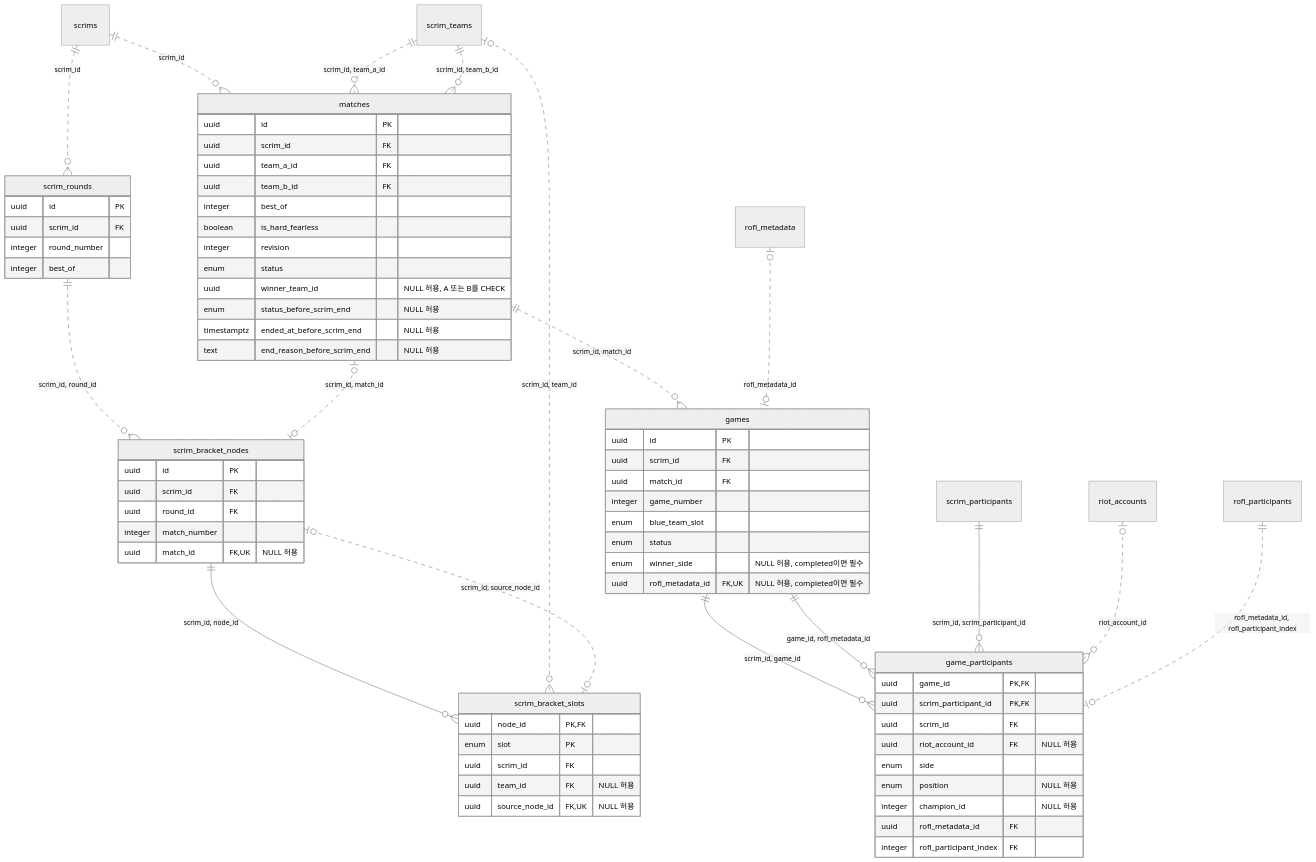
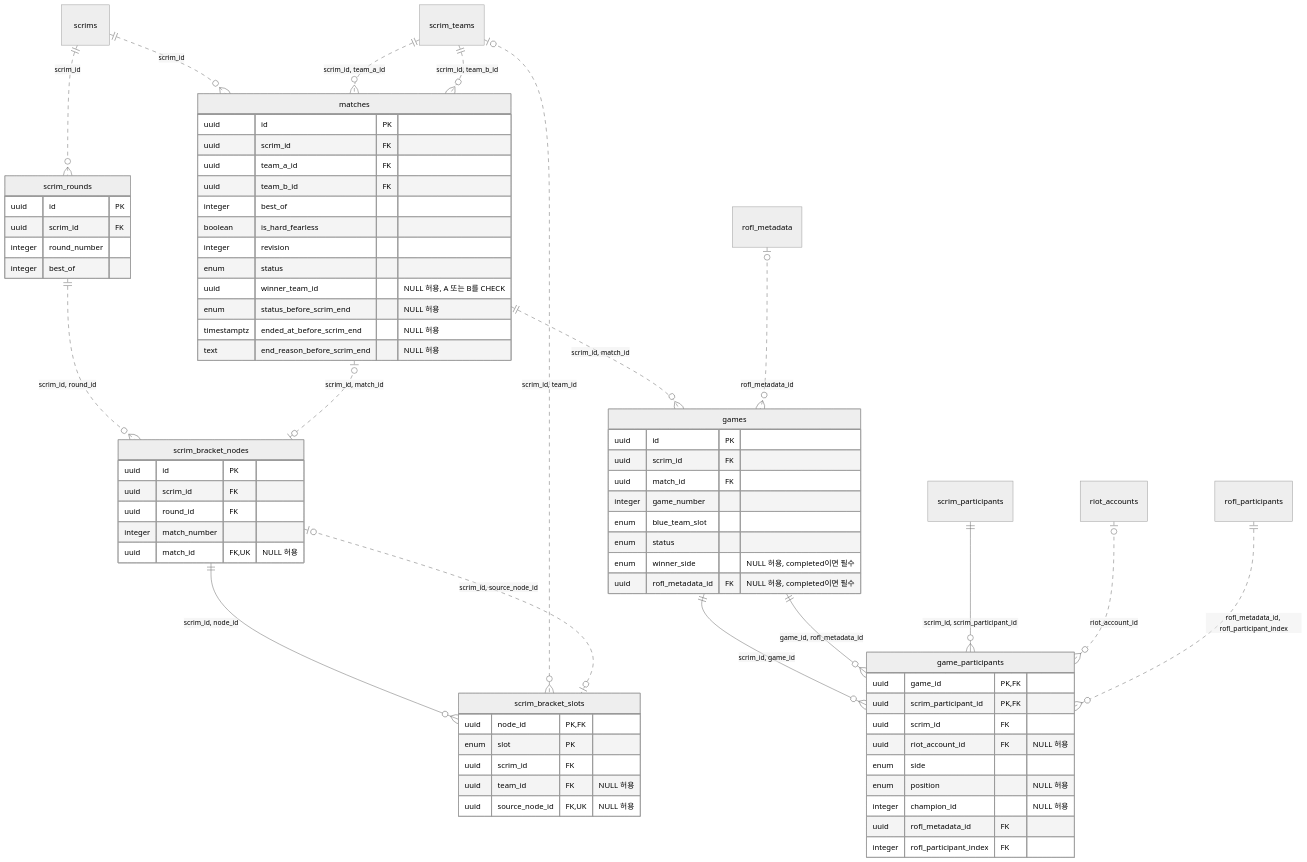
The seventh of 9 diagrams in docs/database-erd.md (Longcat2957/MonkeyScrimManager2), drawn with Mermaid (neutral theme) before and after one commit. The commit also changed other lines of this file and 57 other files, not shown here.

````diff
--- a/docs/database-erd.md
+++ b/docs/database-erd.md
@@ -498,75 +499,75 @@
 ```mermaid
 erDiagram
     scrim_rounds {
         uuid id PK
         uuid scrim_id FK
         integer round_number
         integer best_of
     }
     scrim_bracket_nodes {
         uuid id PK
         uuid scrim_id FK
         uuid round_id FK
         integer match_number
         uuid match_id FK, UK "NULL 허용"
     }
     scrim_bracket_slots {
         uuid node_id PK, FK
         enum slot PK
         uuid scrim_id FK
         uuid team_id FK "NULL 허용"
         uuid source_node_id FK, UK "NULL 허용"
     }
     matches {
         uuid id PK
         uuid scrim_id FK
         uuid team_a_id FK
         uuid team_b_id FK
         integer best_of
         boolean is_hard_fearless
         integer revision
         enum status
         uuid winner_team_id "NULL 허용, A 또는 B를 CHECK"
         enum status_before_scrim_end "NULL 허용"
         timestamptz ended_at_before_scrim_end "NULL 허용"
         text end_reason_before_scrim_end "NULL 허용"
     }
     games {
         uuid id PK
         uuid scrim_id FK
         uuid match_id FK
         integer game_number
         enum blue_team_slot
         enum status
         enum winner_side "NULL 허용, completed이면 필수"
-        uuid rofl_metadata_id FK, UK "NULL 허용, completed이면 필수"
+        uuid rofl_metadata_id FK "NULL 허용, completed이면 필수"
     }
     game_participants {
         uuid game_id PK, FK
         uuid scrim_participant_id PK, FK
         uuid scrim_id FK
         uuid riot_account_id FK "NULL 허용"
         enum side
         enum position "NULL 허용"
         integer champion_id "NULL 허용"
         uuid rofl_metadata_id FK
         integer rofl_participant_index FK
     }
 
     scrims ||..o{ scrim_rounds : scrim_id
     scrim_rounds ||..o{ scrim_bracket_nodes : "scrim_id, round_id"
     matches |o..o| scrim_bracket_nodes : "scrim_id, match_id"
     scrim_bracket_nodes ||--o{ scrim_bracket_slots : "scrim_id, node_id"
     scrim_teams |o..o{ scrim_bracket_slots : "scrim_id, team_id"
     scrim_bracket_nodes |o..o| scrim_bracket_slots : "scrim_id, source_node_id"
     scrims ||..o{ matches : scrim_id
     scrim_teams ||..o{ matches : "scrim_id, team_a_id"
     scrim_teams ||..o{ matches : "scrim_id, team_b_id"
     matches ||..o{ games : "scrim_id, match_id"
-    rofl_metadata |o..o| games : rofl_metadata_id
+    rofl_metadata |o..o{ games : rofl_metadata_id
     games ||--o{ game_participants : "scrim_id, game_id"
     games ||--o{ game_participants : "game_id, rofl_metadata_id"
     scrim_participants ||--o{ game_participants : "scrim_id, scrim_participant_id"
     riot_accounts |o..o{ game_participants : riot_account_id
-    rofl_participants ||..o| game_participants : "rofl_metadata_id, rofl_participant_index"
+    rofl_participants ||..o{ game_participants : "rofl_metadata_id, rofl_participant_index"
 ```
````
